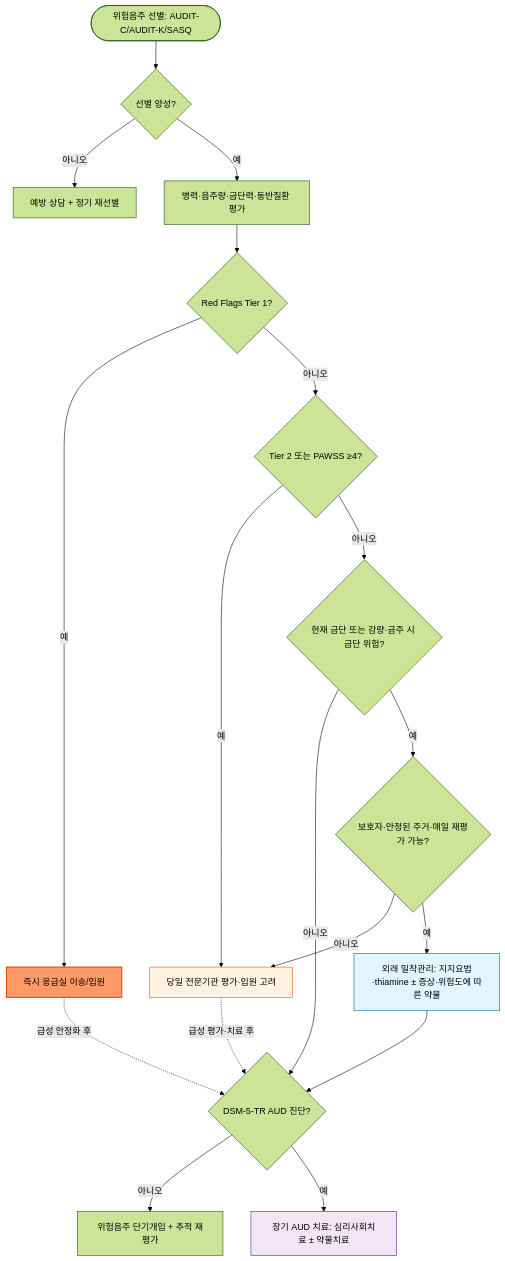
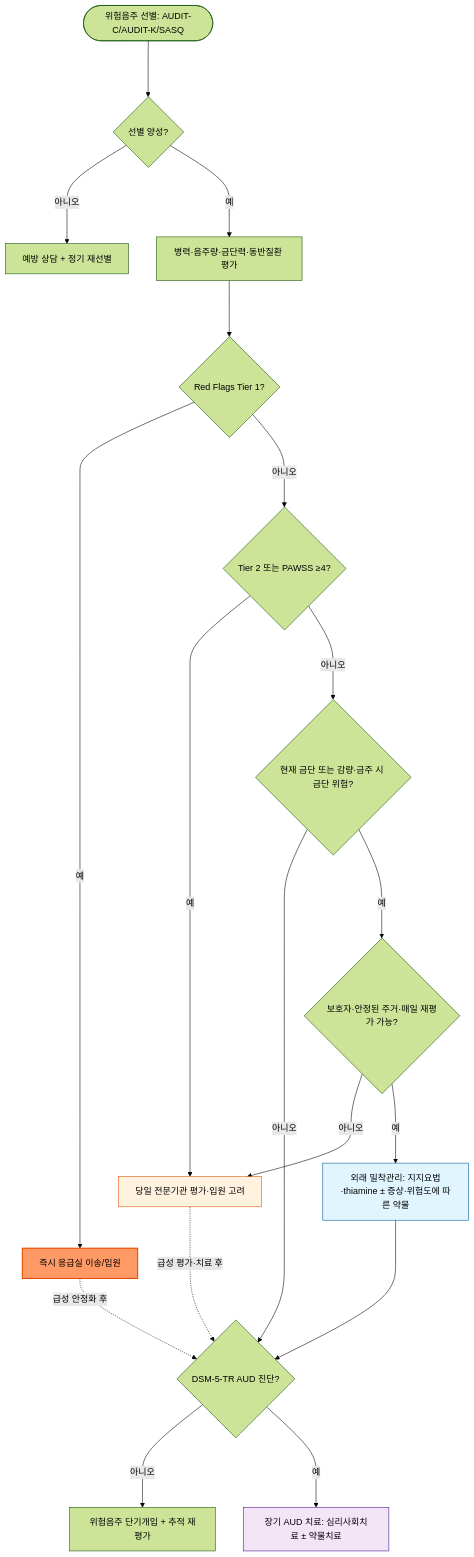
The diagram in 230_/189_-alcohol-use-disorder.md (familyoh77/familyoh77), drawn with Mermaid (forest theme) before and after one commit. The commit also changed other lines of this file and 9 other files, not shown here.

````diff
--- a/230_/189_-alcohol-use-disorder.md
+++ b/230_/189_-alcohol-use-disorder.md
@@ -280,25 +283,25 @@
 ```mermaid
 graph TD
-    A(["위험음주 선별: AUDIT-C/AUDIT-K/SASQ"]) --> B{"선별 양성?"}
-    B -- 아니오 --> C["예방 상담 + 정기 재선별"]
-    B -- 예 --> D["병력·음주량·금단력·동반질환 평가"]
-    D --> E{"Red Flags Tier 1?"}
-    E -- 예 --> F["즉시 응급실 이송/입원"]
-    E -- 아니오 --> G{"Tier 2 또는 PAWSS ≥4?"}
-    G -- 예 --> H["당일 전문기관 평가·입원 고려"]
-    G -- 아니오 --> N{"현재 금단 또는 감량·금주 시 금단 위험?"}
-    N -- 아니오 --> L
-    N -- 예 --> I{"보호자·안정된 주거·매일 재평가 가능?"}
-    I -- 아니오 --> H
-    I -- 예 --> J["외래 밀착관리: 지지요법·thiamine ± 증상·위험도에 따른 약물"]
+    A(["위험음주 선별: AUDIT-C/AUDIT-K/SASQ"]) ---> B{"선별 양성?"}
+    B -- 아니오 ---> C["예방 상담 + 정기 재선별"]
+    B -- 예 ---> D["병력·음주량·금단력·동반질환 평가"]
+    D ---> E{"Red Flags Tier 1?"}
+    E -- 예 ---> F["즉시 응급실 이송/입원"]
+    E -- 아니오 ---> G{"Tier 2 또는 PAWSS ≥4?"}
+    G -- 예 ---> H["당일 전문기관 평가·입원 고려"]
+    G -- 아니오 ---> N{"현재 금단 또는 감량·금주 시 금단 위험?"}
+    N -- 아니오 ---> L
+    N -- 예 ---> I{"보호자·안정된 주거·매일 재평가 가능?"}
+    I -- 아니오 ---> H
+    I -- 예 ---> J["외래 밀착관리: 지지요법·thiamine ± 증상·위험도에 따른 약물"]
     F -. 급성 안정화 후 .-> L{"DSM-5-TR AUD 진단?"}
     H -. 급성 평가·치료 후 .-> L
-    J --> L
-    L -- 아니오 --> M["위험음주 단기개입 + 추적 재평가"]
-    L -- 예 --> K["장기 AUD 치료: 심리사회치료 ± 약물치료"]
+    J ---> L
+    L -- 아니오 ---> M["위험음주 단기개입 + 추적 재평가"]
+    L -- 예 ---> K["장기 AUD 치료: 심리사회치료 ± 약물치료"]
 
     style F fill:#f96,stroke:#e65100,stroke-width:2px
     style H fill:#fff3e0,stroke:#e65100
     style J fill:#e1f5fe,stroke:#01579b
     style K fill:#f3e5f5,stroke:#4a148c
 ```
````
